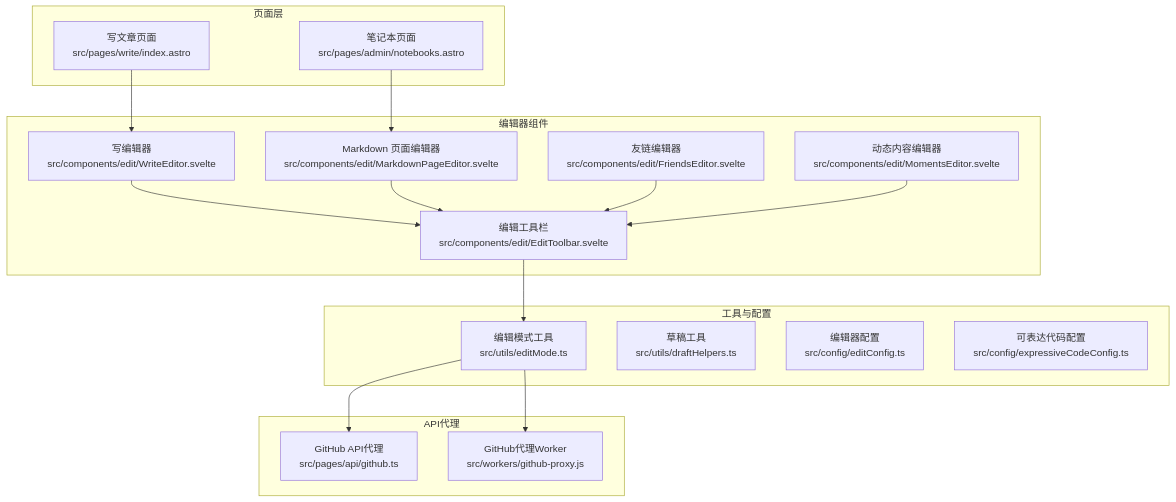
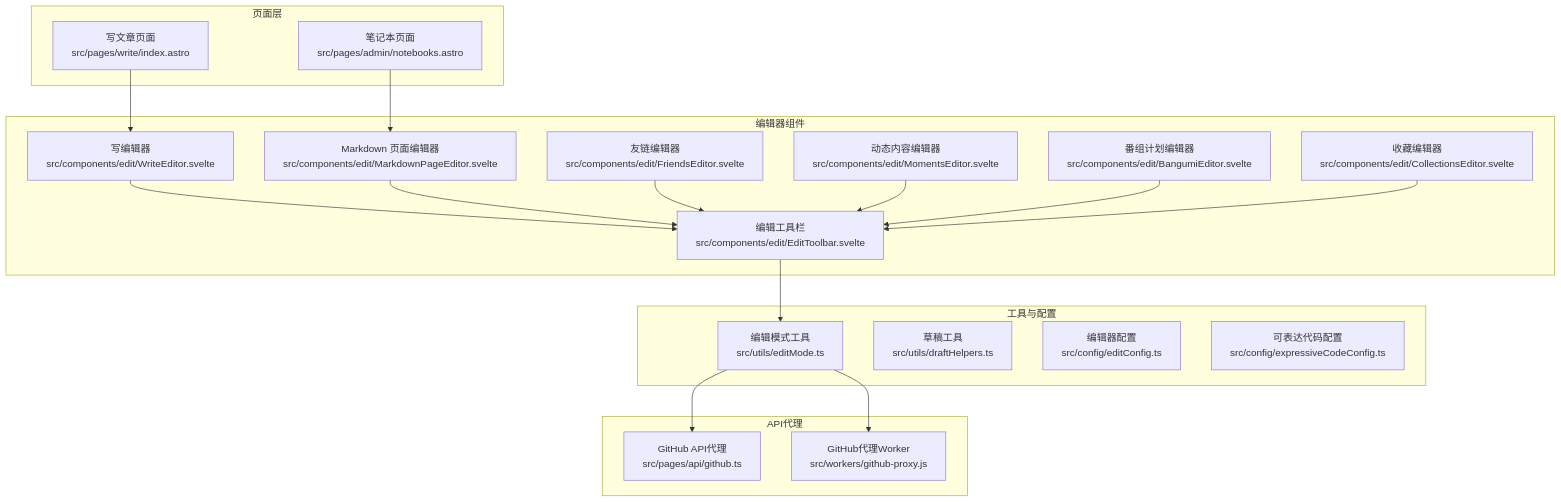
The first of 11 diagrams in .qoder/repowiki/zh/content/组件系统/编辑组件.md (olx2990684400-sketch/olx-my-blog), drawn with Mermaid before and after one commit. The commit also changed other lines of this file and 6 other files, not shown here.

````diff
--- a/.qoder/repowiki/zh/content/组件系统/编辑组件.md
+++ b/.qoder/repowiki/zh/content/组件系统/编辑组件.md
@@ -56,33 +62,37 @@
 ```mermaid
 graph TB
 subgraph "页面层"
 W["写文章页面<br/>src/pages/write/index.astro"]
 N["笔记本页面<br/>src/pages/admin/notebooks.astro"]
 end
 subgraph "编辑器组件"
 WE["写编辑器<br/>src/components/edit/WriteEditor.svelte"]
 MDE["Markdown 页面编辑器<br/>src/components/edit/MarkdownPageEditor.svelte"]
 FE["友链编辑器<br/>src/components/edit/FriendsEditor.svelte"]
 ME["动态内容编辑器<br/>src/components/edit/MomentsEditor.svelte"]
+BE["番组计划编辑器<br/>src/components/edit/BangumiEditor.svelte"]
+CE["收藏编辑器<br/>src/components/edit/CollectionsEditor.svelte"]
 ET["编辑工具栏<br/>src/components/edit/EditToolbar.svelte"]
 end
 subgraph "工具与配置"
 EM["编辑模式工具<br/>src/utils/editMode.ts"]
 DH["草稿工具<br/>src/utils/draftHelpers.ts"]
 EC["编辑器配置<br/>src/config/editConfig.ts"]
 EX["可表达代码配置<br/>src/config/expressiveCodeConfig.ts"]
 end
 subgraph "API代理"
 GA["GitHub API代理<br/>src/pages/api/github.ts"]
 GW["GitHub代理Worker<br/>src/workers/github-proxy.js"]
 end
 W --> WE
 N --> MDE
 WE --> ET
 MDE --> ET
 FE --> ET
 ME --> ET
+BE --> ET
+CE --> ET
 ET --> EM
 EM --> GA
 EM --> GW
 ```
````
